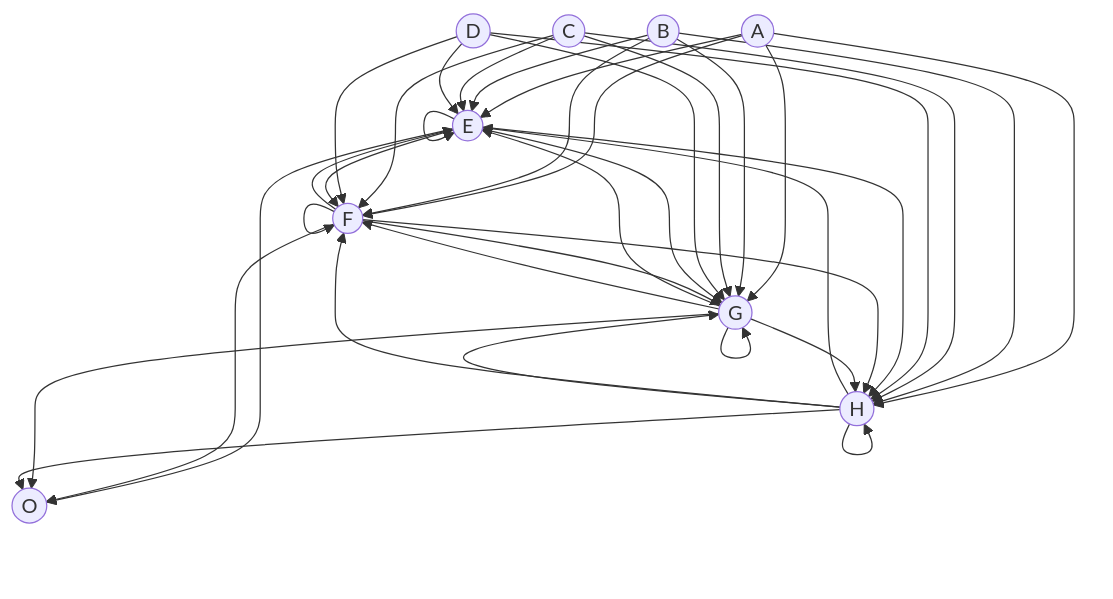
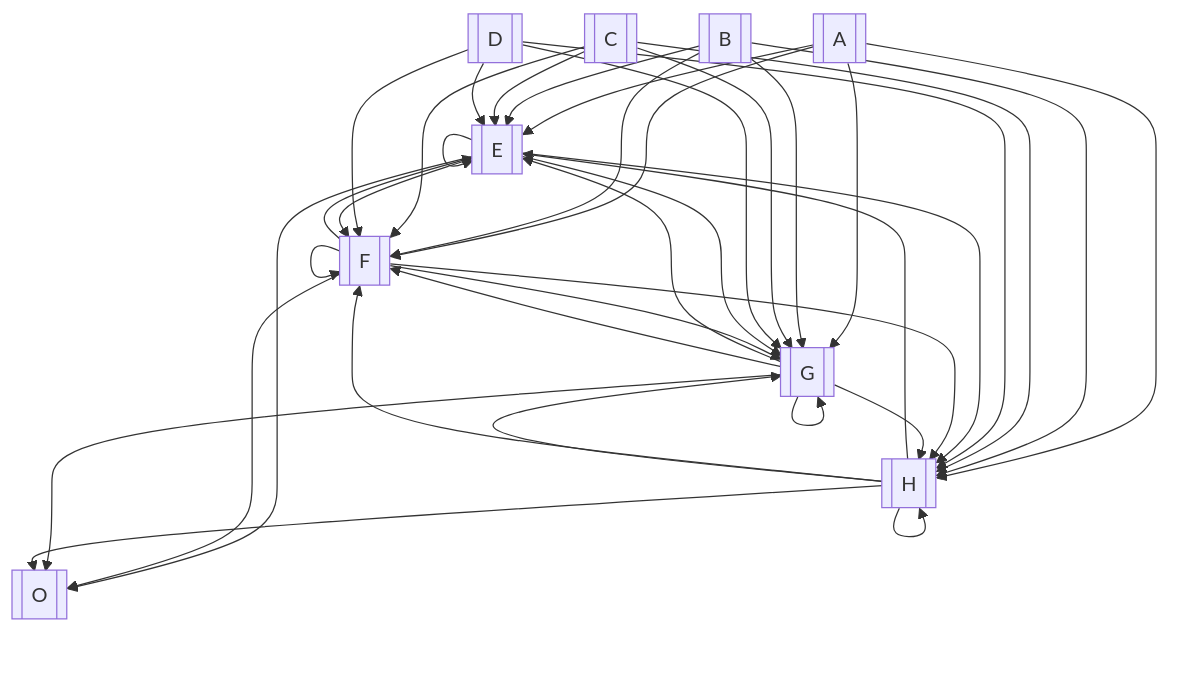
Before and after one commit to Arannamoy-Mondal/NLP-MLOPS: the third of 3 diagrams in DL/ANN.md, drawn with Mermaid.

Commit message:
upd:ANN.md

````diff
--- a/DL/ANN.md
+++ b/DL/ANN.md
@@ -37,45 +37,45 @@
 ```mermaid
 graph TD;
-  A((A)) --> E((E))
-  A((A)) --> F((F))
-  A((A)) --> G((G))
-  A((A)) --> H((H))
-  B((B)) --> E((E))
-  B((B)) --> F((F))
-  B((B)) --> G((G))
-  B((B)) --> H((H))
-  C((C)) --> E((E))
-  C((C)) --> F((F))
-  C((C)) --> G((G))
-  C((C)) --> H((H))
-  D((D)) --> E((E))
-  D((D)) --> F((F))
-  D((D)) --> G((G))
-  D((D)) --> H((H))
-  E((E)) --> O((O))
-  F((F)) --> O((O))
-  G((G)) --> O((O))
-  H((H)) --> O((O))
+  A[[A]] --> E[[E]]
+  A[[A]] --> F[[F]]
+  A[[A]] --> G[[G]]
+  A[[A]] --> H[[H]]
+  B[[B]] --> E[[E]]
+  B[[B]] --> F[[F]]
+  B[[B]] --> G[[G]]
+  B[[B]] --> H[[H]]
+  C[[C]] --> E[[E]]
+  C[[C]] --> F[[F]]
+  C[[C]] --> G[[G]]
+  C[[C]] --> H[[H]]
+  D[[D]] --> E[[E]]
+  D[[D]] --> F[[F]]
+  D[[D]] --> G[[G]]
+  D[[D]] --> H[[H]]
+  E[[E]] --> O[[O]]
+  F[[F]] --> O[[O]]
+  G[[G]] --> O[[O]]
+  H[[H]] --> O[[O]]
   
-    E((E)) --> E((E))
-    E((E)) --> F((F))
-    E((E)) --> G((G))
-    E((E)) --> H((H))
+    E[[E]] --> E[[E]]
+    E[[E]] --> F[[F]]
+    E[[E]] --> G[[G]]
+    E[[E]] --> H[[H]]
 
-    F((F)) --> E((E))
-    F((F)) --> F((F))
-    F((F)) --> G((G))
-    F((F)) --> H((H))
+    F[[F]] --> E[[E]]
+    F[[F]] --> F[[F]]
+    F[[F]] --> G[[G]]
+    F[[F]] --> H[[H]]
 
 
-    G((G)) --> E((E))
-    G((G)) --> F((F))
-    G((G)) --> G((G))
-    G((G)) --> H((H))
+    G[[G]] --> E[[E]]
+    G[[G]] --> F[[F]]
+    G[[G]] --> G[[G]]
+    G[[G]] --> H[[H]]
 
 
-    H((H)) --> E((E))
-    H((H)) --> F((F))
-    H((H)) --> G((G))
-    H((H)) --> H((H))
+    H[[H]] --> E[[E]]
+    H[[H]] --> F[[F]]
+    H[[H]] --> G[[G]]
+    H[[H]] --> H[[H]]
 ```
````
